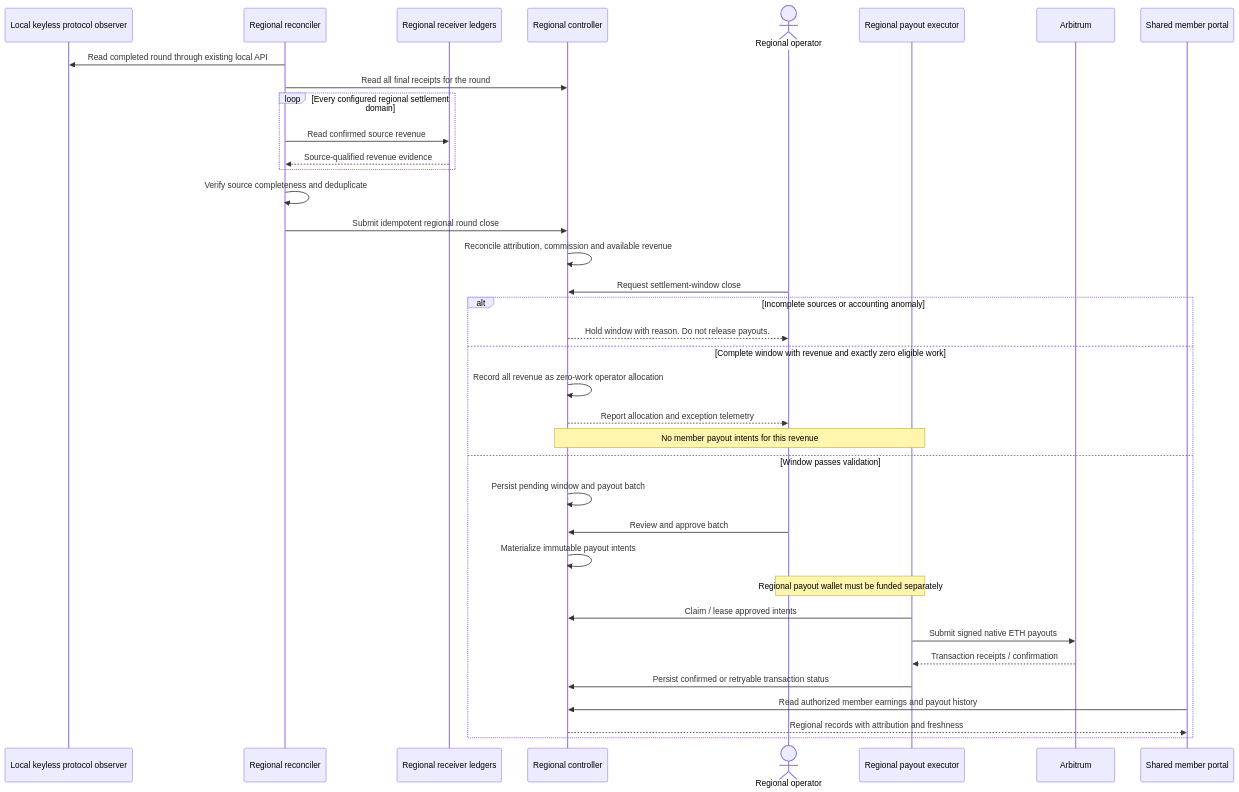
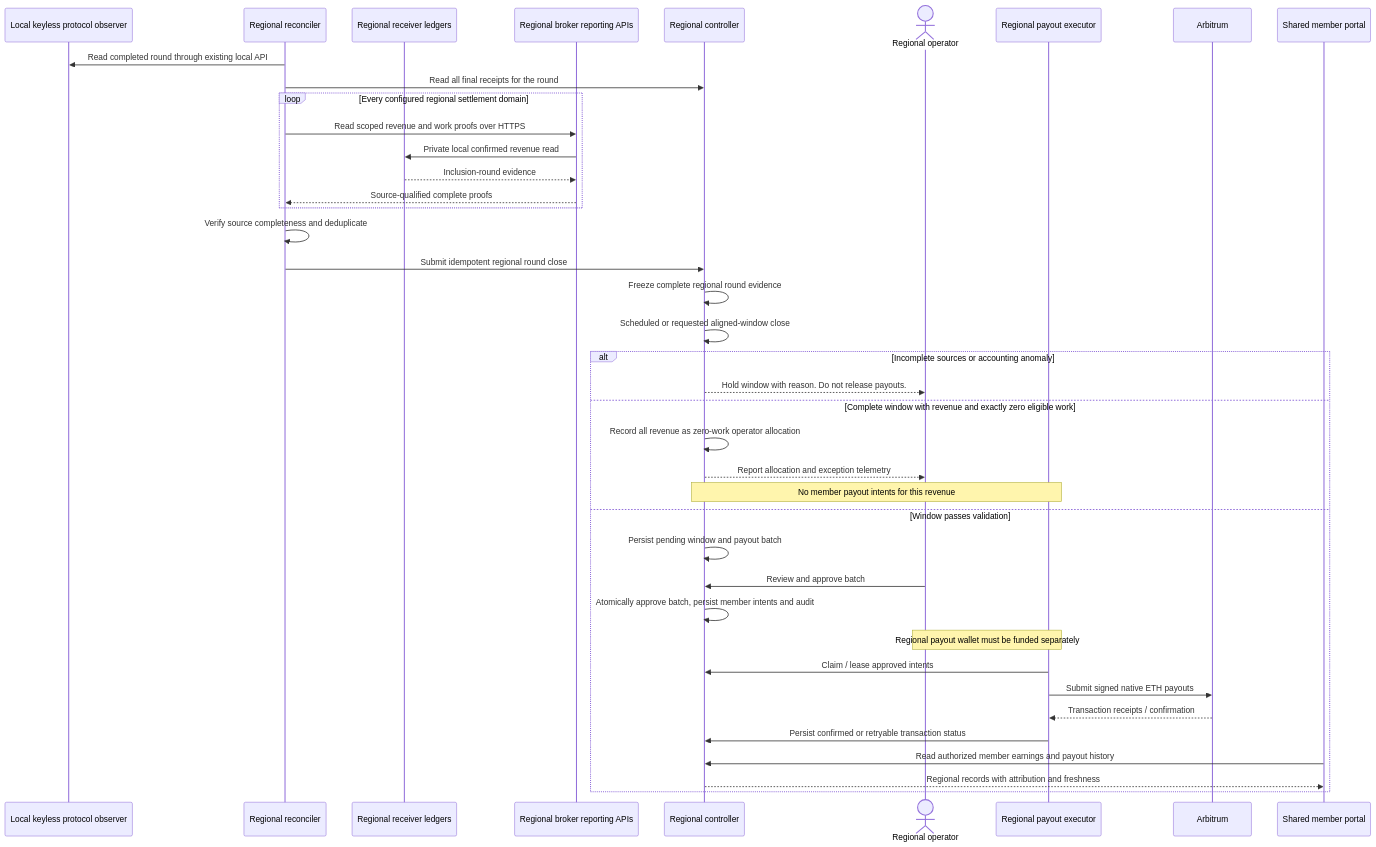
Before and after one commit to Cloud-SPE/livepeer-network-modules: the fifth of 6 diagrams in docs/design-docs/regional-pools.md, drawn with Mermaid. The commit also changed other lines of this file and 407 other files, not shown here.

First line of the commit message:
feat(pool): implement independent regional pools and local acceptance

````diff
--- a/docs/design-docs/regional-pools.md
+++ b/docs/design-docs/regional-pools.md
@@ -613,39 +622,42 @@
 ```mermaid
 sequenceDiagram
     participant Timing as Local keyless protocol observer
     participant R as Regional reconciler
     participant PD as Regional receiver ledgers
+    participant B as Regional broker reporting APIs
     participant C as Regional controller
     actor Operator as Regional operator
     participant E as Regional payout executor
     participant Chain as Arbitrum
     participant Portal as Shared member portal
     R->>Timing: Read completed round through existing local API
     R->>C: Read all final receipts for the round
     loop Every configured regional settlement domain
-        R->>PD: Read confirmed source revenue
-        PD-->>R: Source-qualified revenue evidence
+        R->>B: Read scoped revenue and work proofs over HTTPS
+        B->>PD: Private local confirmed revenue read
+        PD-->>B: Inclusion-round evidence
+        B-->>R: Source-qualified complete proofs
     end
     R->>R: Verify source completeness and deduplicate
     R->>C: Submit idempotent regional round close
-    C->>C: Reconcile attribution, commission and available revenue
-    Operator->>C: Request settlement-window close
+    C->>C: Freeze complete regional round evidence
+    C->>C: Scheduled or requested aligned-window close
     alt Incomplete sources or accounting anomaly
         C-->>Operator: Hold window with reason. Do not release payouts.
     else Complete window with revenue and exactly zero eligible work
         C->>C: Record all revenue as zero-work operator allocation
         C-->>Operator: Report allocation and exception telemetry
         Note over C,E: No member payout intents for this revenue
     else Window passes validation
         C->>C: Persist pending window and payout batch
         Operator->>C: Review and approve batch
-        C->>C: Materialize immutable payout intents
+        C->>C: Atomically approve batch, persist member intents and audit
         Note over Operator,E: Regional payout wallet must be funded separately
         E->>C: Claim / lease approved intents
         E->>Chain: Submit signed native ETH payouts
         Chain-->>E: Transaction receipts / confirmation
         E->>C: Persist confirmed or retryable transaction status
         Portal->>C: Read authorized member earnings and payout history
         C-->>Portal: Regional records with attribution and freshness
     end
 ```
````
